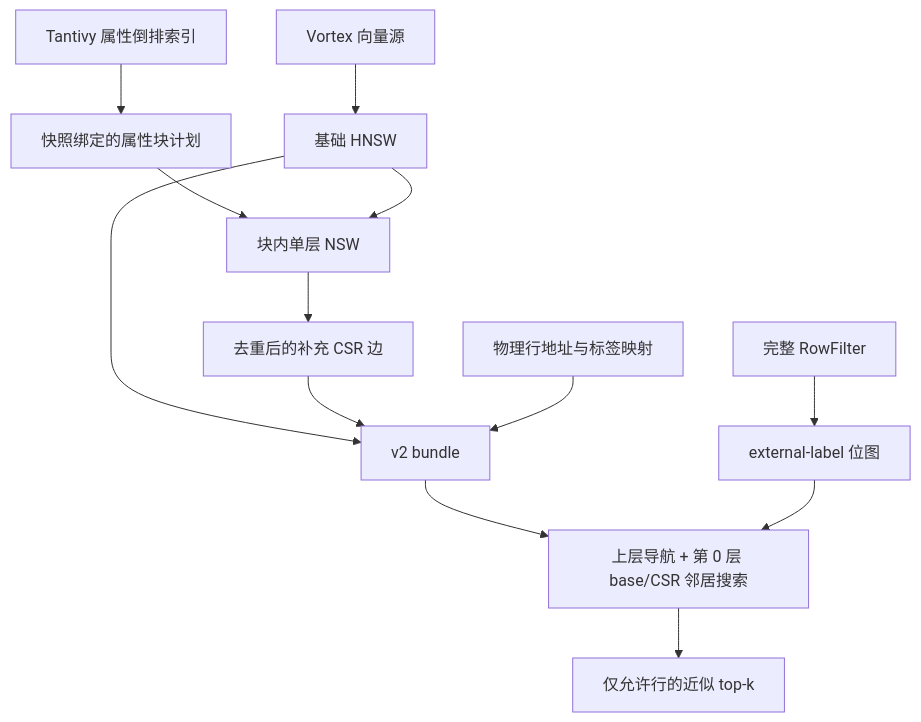
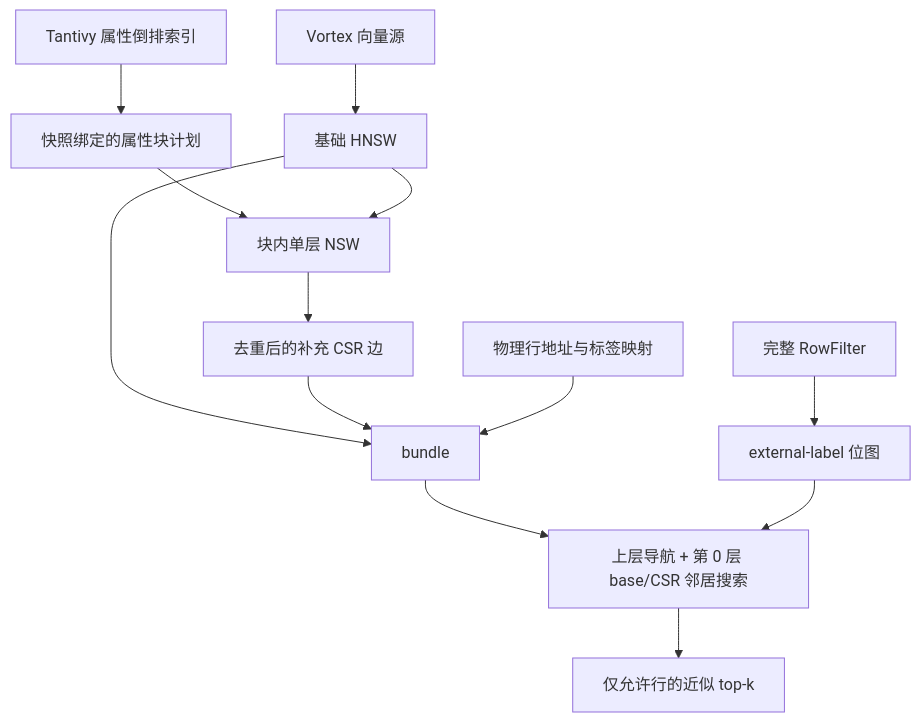
One commit to AstroVela/vortex changed the diagram in vortex-index-hnswlib/DESIGN.md. Above: the diagram before and after it, drawn with Mermaid. The commit also changed other lines of this file and 8 other files, not shown here.

````diff
--- a/vortex-index-hnswlib/DESIGN.md
+++ b/vortex-index-hnswlib/DESIGN.md
@@ -23,15 +23,15 @@
 ```mermaid
 flowchart TD
     Attr[Tantivy 属性倒排索引] --> Plan[快照绑定的属性块计划]
     Vec[Vortex 向量源] --> Base[基础 HNSW]
     Plan --> Build[块内单层 NSW]
     Base --> Build
     Build --> CSR[去重后的补充 CSR 边]
-    Base --> Bundle[v2 bundle]
+    Base --> Bundle[bundle]
     CSR --> Bundle
     Map[物理行地址与标签映射] --> Bundle
     Filter[完整 RowFilter] --> Mask[external-label 位图]
     Bundle --> Search[上层导航 + 第 0 层 base/CSR 邻居搜索]
     Mask --> Search
     Search --> Result[仅允许行的近似 top-k]
 ```
````
